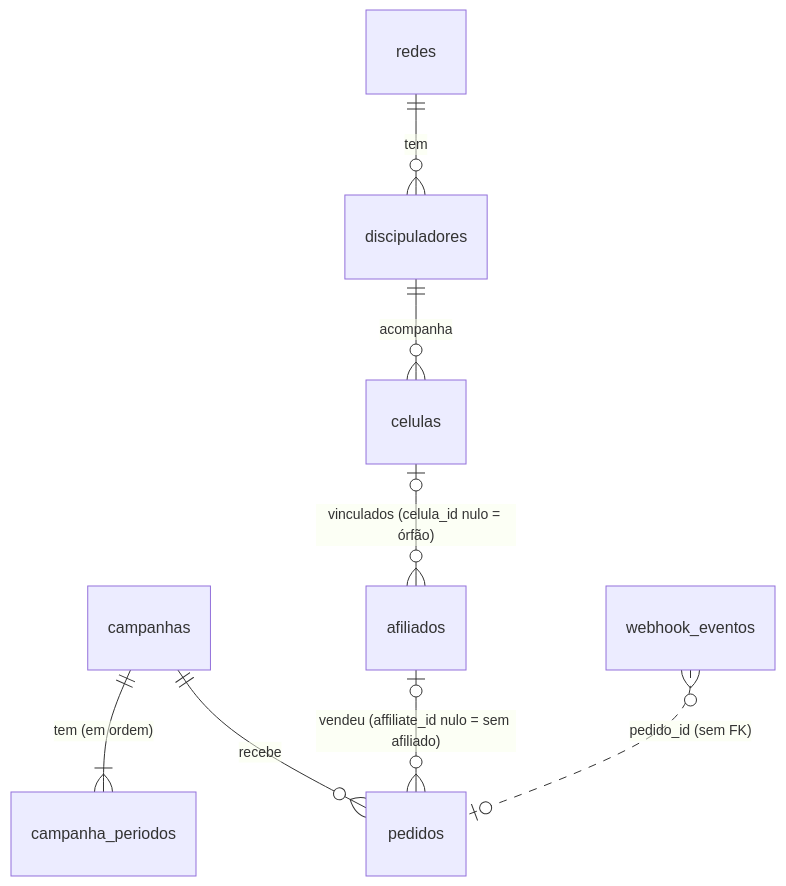
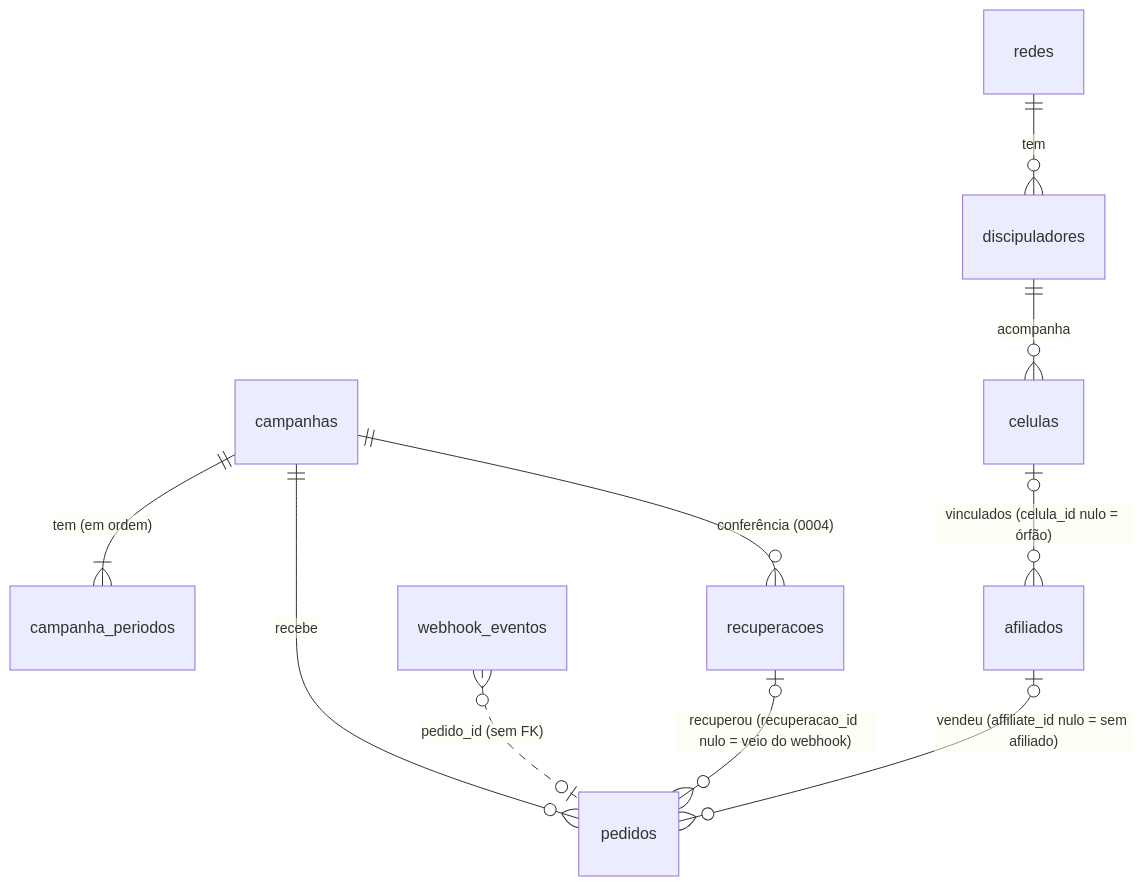
The diagram in docs/modelo-de-dados.md (othiagomadruga/rifa-videira-kids), drawn with Mermaid before and after one commit. The commit also changed other lines of this file and 6 other files, not shown here.

````diff
--- a/docs/modelo-de-dados.md
+++ b/docs/modelo-de-dados.md
@@ -10,10 +11,12 @@
 ```mermaid
 erDiagram
   campanhas ||--|{ campanha_periodos : "tem (em ordem)"
   campanhas ||--o{ pedidos : "recebe"
   redes ||--o{ discipuladores : "tem"
   discipuladores ||--o{ celulas : "acompanha"
   celulas |o--o{ afiliados : "vinculados (celula_id nulo = órfão)"
   afiliados |o--o{ pedidos : "vendeu (affiliate_id nulo = sem afiliado)"
   webhook_eventos }o..o| pedidos : "pedido_id (sem FK)"
+  campanhas ||--o{ recuperacoes : "conferência (0004)"
+  recuperacoes |o--o{ pedidos : "recuperou (recuperacao_id nulo = veio do webhook)"
 ```
````
